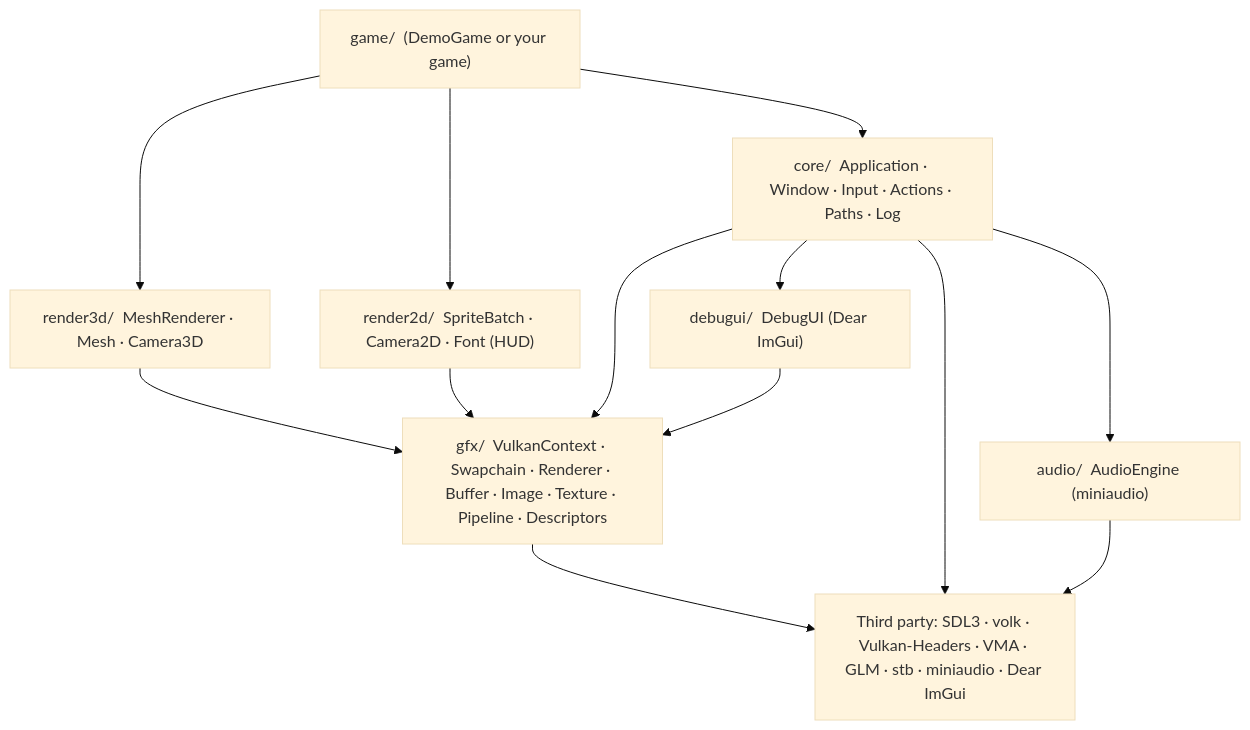
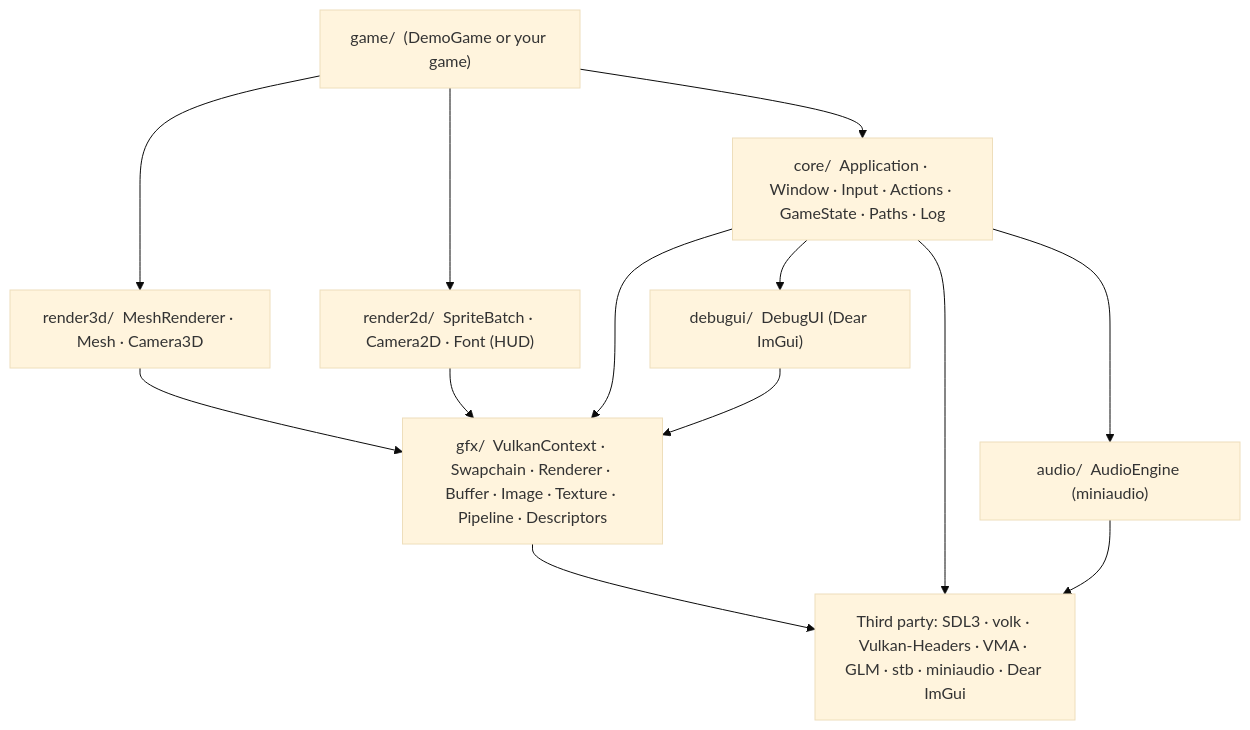
Before and after one commit to Chuck5ta/3DBaseFramework: the first of 11 diagrams in docs/ARCHITECTURE.md, drawn with Mermaid (base theme). The commit also changed other lines of this file and 8 other files, not shown here.

````diff
--- a/docs/ARCHITECTURE.md
+++ b/docs/ARCHITECTURE.md
@@ -33,24 +33,24 @@
 ```mermaid
 flowchart TD
     game["game/  (DemoGame or your game)"]
     r3d["render3d/  MeshRenderer · Mesh · Camera3D"]
     r2d["render2d/  SpriteBatch · Camera2D · Font (HUD)"]
-    core["core/  Application · Window · Input · Actions · Paths · Log"]
+    core["core/  Application · Window · Input · Actions · GameState · Paths · Log"]
     aud["audio/  AudioEngine (miniaudio)"]
     dbg["debugui/  DebugUI (Dear ImGui)"]
     gfx["gfx/  VulkanContext · Swapchain · Renderer · Buffer · Image · Texture · Pipeline · Descriptors"]
     third["Third party: SDL3 · volk · Vulkan-Headers · VMA · GLM · stb · miniaudio · Dear ImGui"]
 
     game --> r3d
     game --> r2d
     game --> core
     r3d --> gfx
     r2d --> gfx
     core --> gfx
     core --> aud
     core --> dbg
     dbg --> gfx
     gfx --> third
     core --> third
     aud --> third
 ```
````
